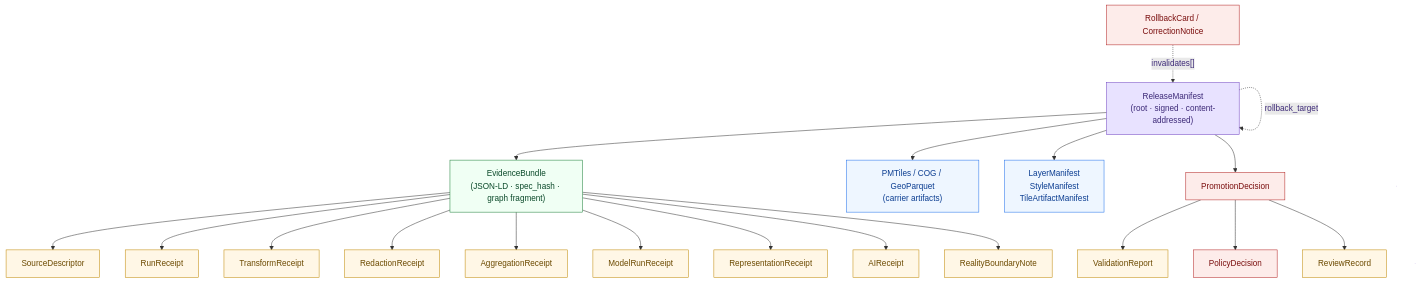
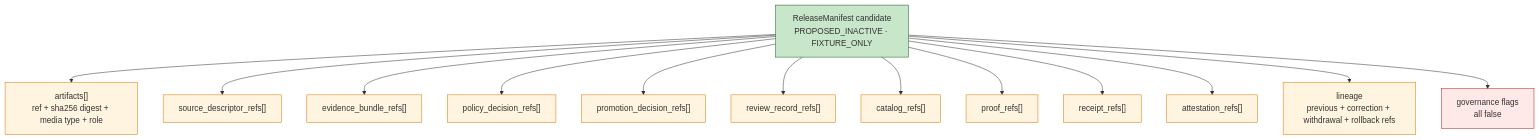
One commit to bartytime4life/Kansas-Frontier-Matrix changed the first of 2 diagrams in docs/architecture/release-model.md. Above: the diagram before and after it, drawn with Mermaid. The commit also changed other lines of this file, not shown here.

Commit message:
docs(architecture): ground release model in current repository evidence

````diff
--- a/docs/architecture/release-model.md
+++ b/docs/architecture/release-model.md
@@ -99,52 +227,33 @@
 ```mermaid
-flowchart TD
-  classDef root  fill:#e8e2ff,stroke:#6f42c1,color:#3d2a78
-  classDef bundle fill:#f0fff4,stroke:#1a7f37,color:#0b4a2a
-  classDef receipt fill:#fff7e6,stroke:#bf8700,color:#6c4a00
-  classDef decision fill:#fdecea,stroke:#b22222,color:#7a0e0e
-  classDef artifact fill:#eef6ff,stroke:#1f6feb,color:#0b3d91
+flowchart TB
+  classDef manifest fill:#c8e6c9,stroke:#1b5e20;
+  classDef declared fill:#fff4e0,stroke:#d97706;
+  classDef authority fill:#ffe8e8,stroke:#b42318;
 
-  RM["ReleaseManifest<br/>(root · signed · content-addressed)"]:::root
+  RM["ReleaseManifest candidate<br/>PROPOSED_INACTIVE · FIXTURE_ONLY"]:::manifest
+  ART["artifacts[]<br/>ref + sha256 digest + media type + role"]:::declared
+  SRC["source_descriptor_refs[]"]:::declared
+  EVD["evidence_bundle_refs[]"]:::declared
+  POL["policy_decision_refs[]"]:::declared
+  PRO["promotion_decision_refs[]"]:::declared
+  REV["review_record_refs[]"]:::declared
+  CAT["catalog_refs[]"]:::declared
+  PRF["proof_refs[]"]:::declared
+  REC["receipt_refs[]"]:::declared
+  ATT["attestation_refs[]"]:::declared
+  LIN["lineage<br/>previous + correction + withdrawal + rollback refs"]:::declared
+  GOV["governance flags<br/>all false"]:::authority
 
-  EB["EvidenceBundle<br/>(JSON-LD · spec_hash · graph fragment)"]:::bundle
-  PA["PMTiles / COG / GeoParquet<br/>(carrier artifacts)"]:::artifact
-  LM["LayerManifest<br/>StyleManifest<br/>TileArtifactManifest"]:::artifact
-
-  RR["RunReceipt"]:::receipt
-  TR["TransformReceipt"]:::receipt
-  RD["RedactionReceipt"]:::receipt
-  AG["AggregationReceipt"]:::receipt
-  MR["ModelRunReceipt"]:::receipt
-  RPR["RepresentationReceipt"]:::receipt
-  AIR["AIReceipt"]:::receipt
-  VR["ValidationReport"]:::receipt
-  REV["ReviewRecord"]:::receipt
-
-  PD["PolicyDecision"]:::decision
-  PrD["PromotionDecision"]:::decision
-  RC["RollbackCard / CorrectionNotice"]:::decision
-
-  SD["SourceDescriptor"]:::receipt
-  RBN["RealityBoundaryNote"]:::receipt
-
-  RM --> EB
-  RM --> PA
-  RM --> LM
-  RM --> PrD
-  RM -.->|"rollback_target"| RM
-
-  EB --> SD
-  EB --> RR
-  EB --> TR
-  EB --> RD
-  EB --> AG
-  EB --> MR
-  EB --> RPR
-  EB --> AIR
-  EB --> RBN
-
-  PrD --> VR
-  PrD --> PD
-  PrD --> REV
-  RC -.->|"invalidates[]"| RM
+  RM --> ART
+  RM --> SRC
+  RM --> EVD
+  RM --> POL
+  RM --> PRO
+  RM --> REV
+  RM --> CAT
+  RM --> PRF
+  RM --> REC
+  RM --> ATT
+  RM --> LIN
+  RM --> GOV
 ```
````
